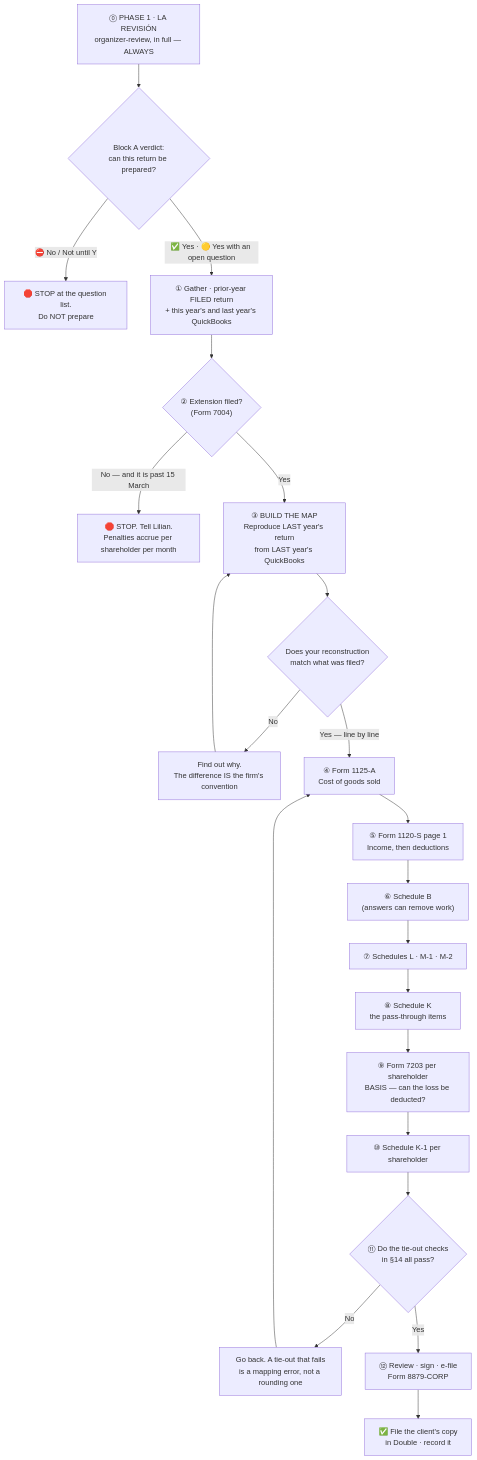
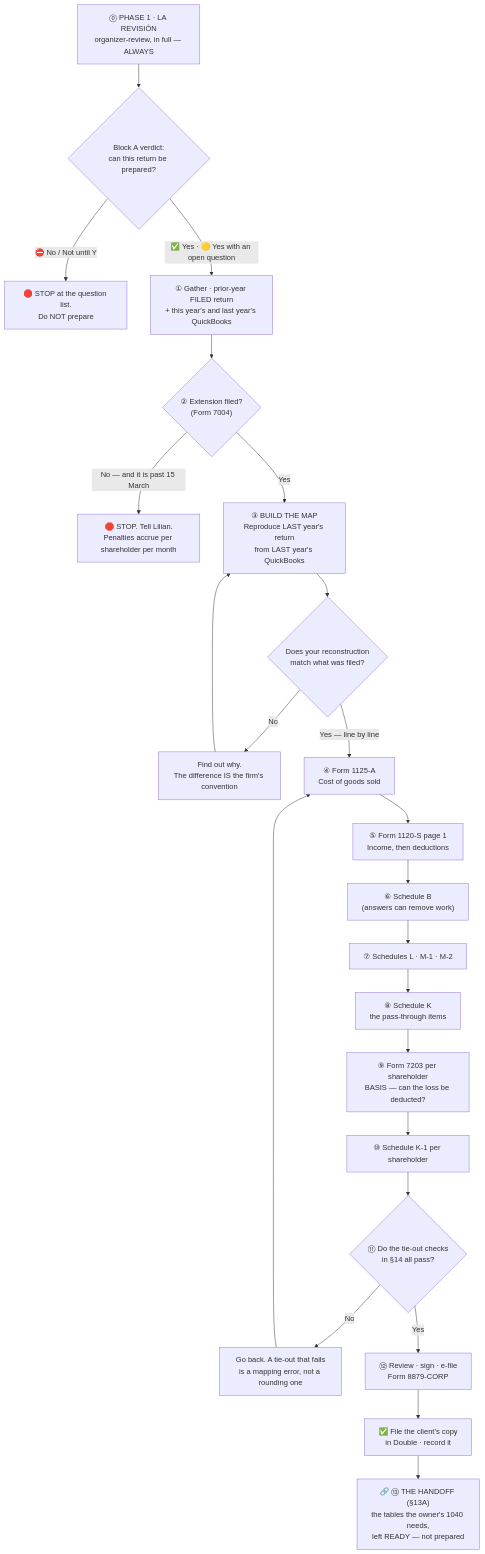
One commit to JuliaJKAcct/JKAccountingGroup changed the diagram in projects/sops/form-1120s-preparation.md. Above: the diagram before and after it, drawn with Mermaid. The commit also changed other lines of this file and 10 other files, not shown here.

````diff
--- a/projects/sops/form-1120s-preparation.md
+++ b/projects/sops/form-1120s-preparation.md
@@ -28,24 +28,25 @@
 ```mermaid
 flowchart TD
     Z["⓪ PHASE 1 · LA REVISIÓN<br/>organizer-review, in full — ALWAYS"] --> Z1{"Block A verdict:<br/>can this return be prepared?"}
     Z1 -->|"⛔ No / Not until Y"| Z2["🛑 STOP at the question list.<br/>Do NOT prepare"]
     Z1 -->|"✅ Yes · 🟡 Yes with an open question"| A
     A["① Gather · prior-year FILED return<br/>+ this year's and last year's QuickBooks"] --> B{"② Extension filed?<br/>(Form 7004)"}
     B -->|"No — and it is past 15 March"| B1["🛑 STOP. Tell Lilian.<br/>Penalties accrue per shareholder per month"]
     B -->|"Yes"| C["③ BUILD THE MAP<br/>Reproduce LAST year's return<br/>from LAST year's QuickBooks"]
     C --> D{"Does your reconstruction<br/>match what was filed?"}
     D -->|"No"| C1["Find out why.<br/>The difference IS the firm's convention"]
     C1 --> C
     D -->|"Yes — line by line"| E["④ Form 1125-A<br/>Cost of goods sold"]
     E --> F["⑤ Form 1120-S page 1<br/>Income, then deductions"]
     F --> G["⑥ Schedule B<br/>(answers can remove work)"]
     G --> H["⑦ Schedules L · M-1 · M-2"]
     H --> I["⑧ Schedule K<br/>the pass-through items"]
     I --> J["⑨ Form 7203 per shareholder<br/>BASIS — can the loss be deducted?"]
     J --> K["⑩ Schedule K-1 per shareholder"]
     K --> L{"⑪ Do the tie-out checks<br/>in §14 all pass?"}
     L -->|"No"| L1["Go back. A tie-out that fails<br/>is a mapping error, not a rounding one"]
     L1 --> E
     L -->|"Yes"| M["⑫ Review · sign · e-file<br/>Form 8879-CORP"]
     M --> N["✅ File the client's copy<br/>in Double · record it"]
+    N --> O["🔗 ⑬ THE HANDOFF (§13A)<br/>the tables the owner's 1040 needs,<br/>left READY — not prepared"]
 ```
````
